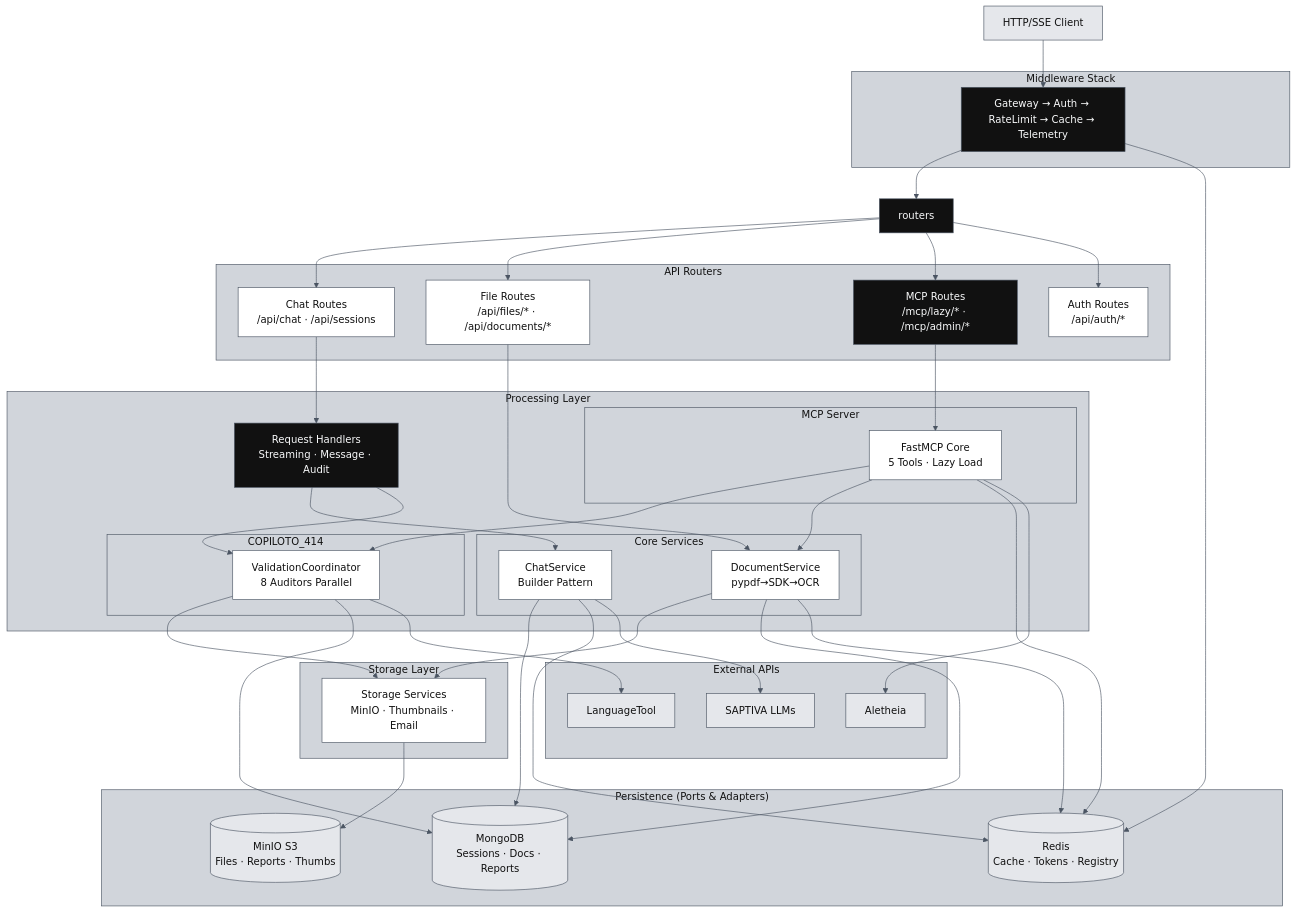
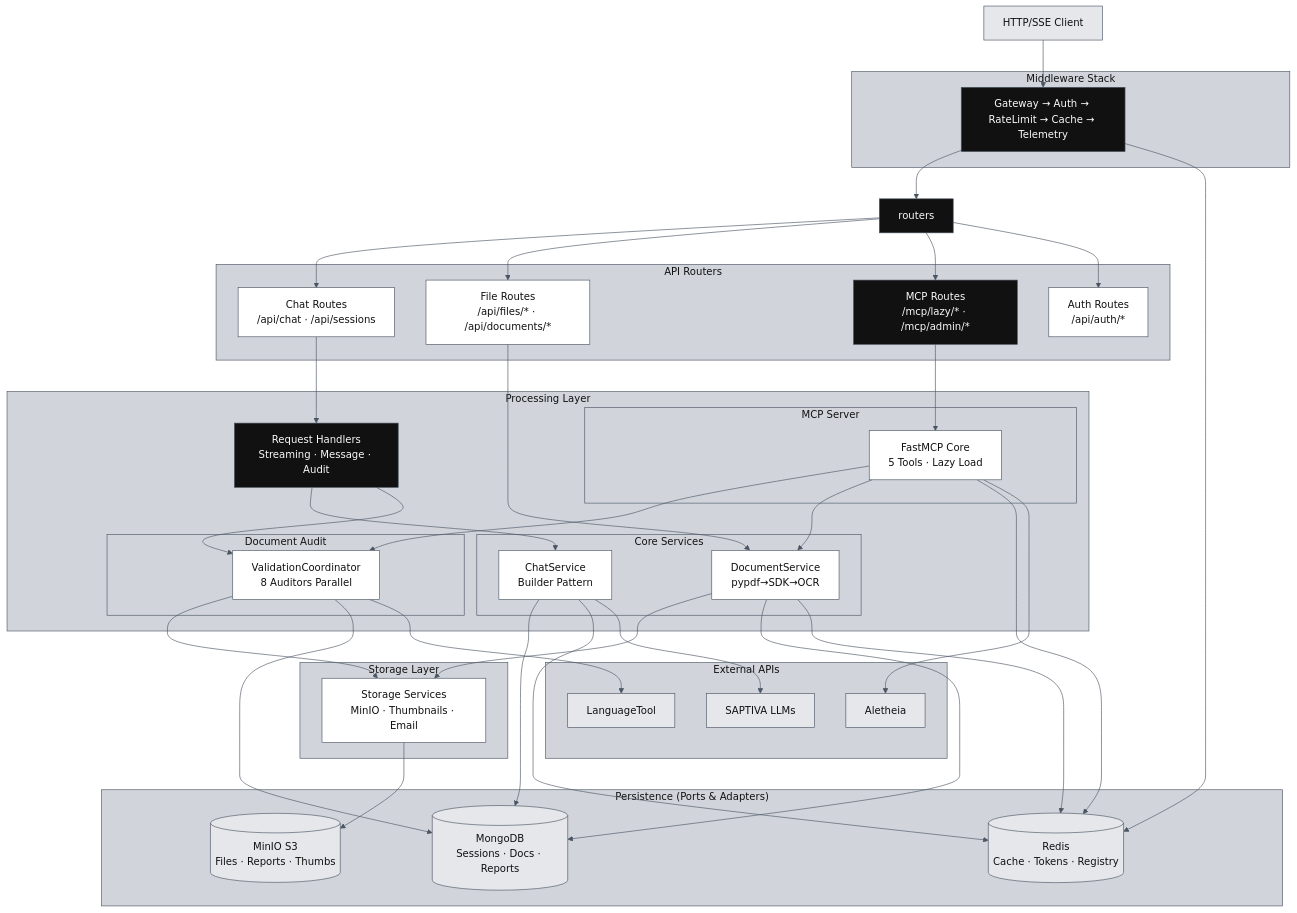
The fifth of 10 diagrams in README.md (saptiva-ai/octavios-chat), drawn with Mermaid before and after one commit. The commit also changed other lines of this file and 74 other files, not shown here.

```diff
--- a/README.md
+++ b/README.md
@@ -519,7 +519,7 @@
             doc_svc["DocumentService<br/>pypdf→SDK→OCR"]:::light
         end
 
-        subgraph COPILOTO["COPILOTO_414"]
+        subgraph COPILOTO["Document Audit"]
             validator["ValidationCoordinator<br/>8 Auditors Parallel"]:::light
         end
 
```
